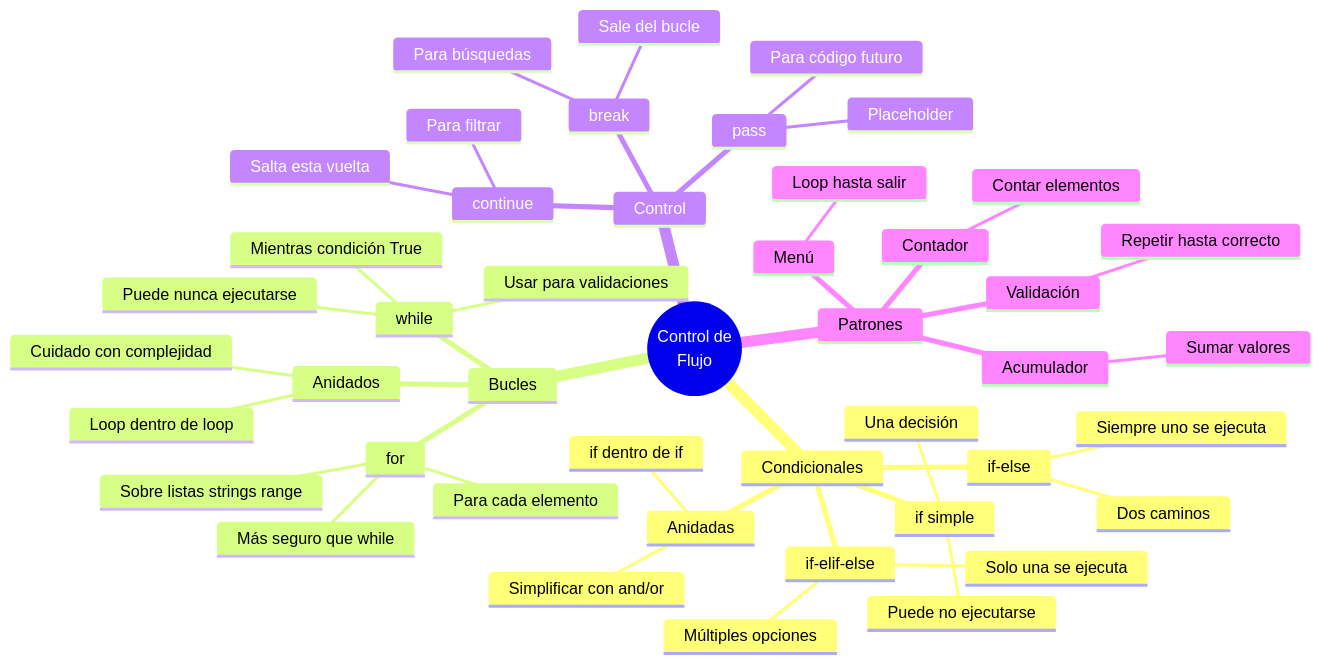
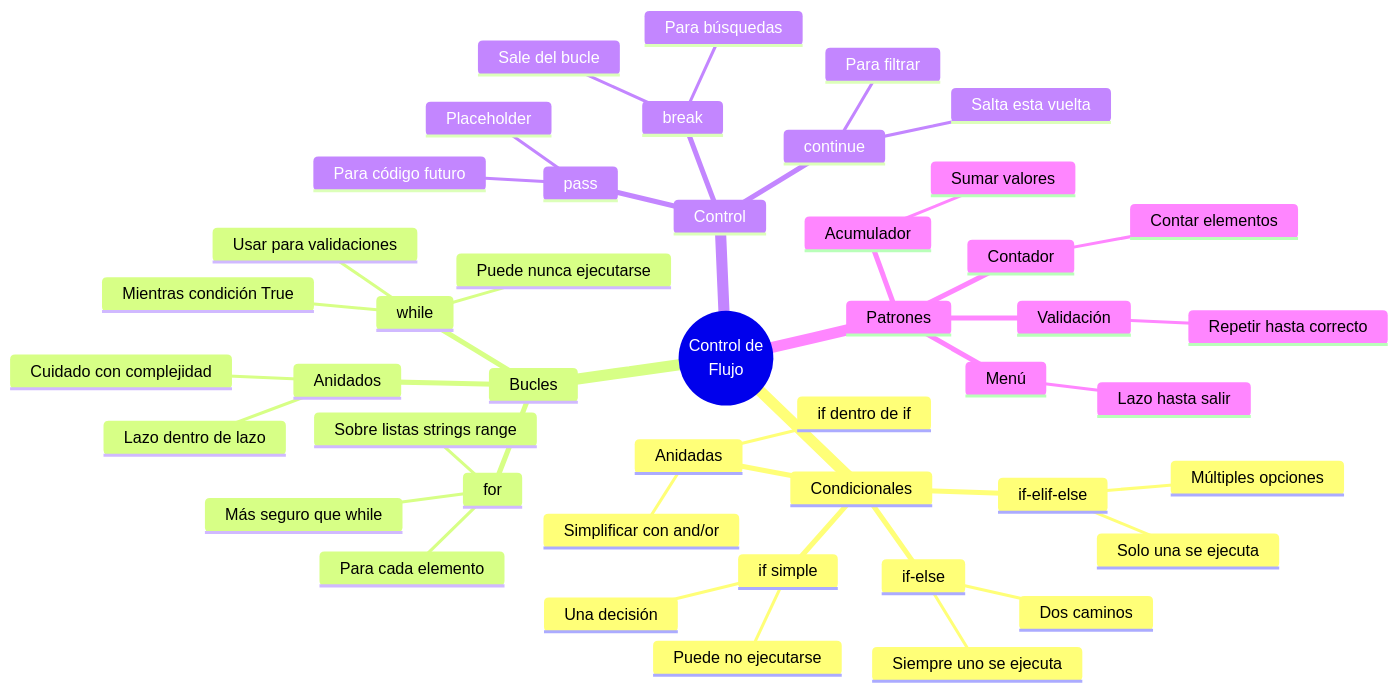
Before and after one commit to INGCOM-UNRN/apunte-ingreso: the ninth of 10 diagrams in 2_control_flujo.md, drawn with Mermaid. The commit also changed other lines of this file, not shown here.

````diff
--- a/2_control_flujo.md
+++ b/2_control_flujo.md
@@ -1924,48 +2008,48 @@
 ```{mermaid}
 mindmap
   root((Control de<br/>Flujo))
     Condicionales
       if simple
         Una decisión
         Puede no ejecutarse
       if-else
         Dos caminos
         Siempre uno se ejecuta
       if-elif-else
         Múltiples opciones
         Solo una se ejecuta
       Anidadas
         if dentro de if
         Simplificar con and/or
     Bucles
       while
         Mientras condición True
         Puede nunca ejecutarse
         Usar para validaciones
       for
         Para cada elemento
         Sobre listas strings range
         Más seguro que while
       Anidados
-        Loop dentro de loop
+        Lazo dentro de lazo
         Cuidado con complejidad
     Control
       break
         Sale del bucle
         Para búsquedas
       continue
         Salta esta vuelta
         Para filtrar
       pass
         Placeholder
         Para código futuro
     Patrones
       Acumulador
         Sumar valores
       Contador
         Contar elementos
       Validación
         Repetir hasta correcto
       Menú
-        Loop hasta salir
+        Lazo hasta salir
 ```
````
